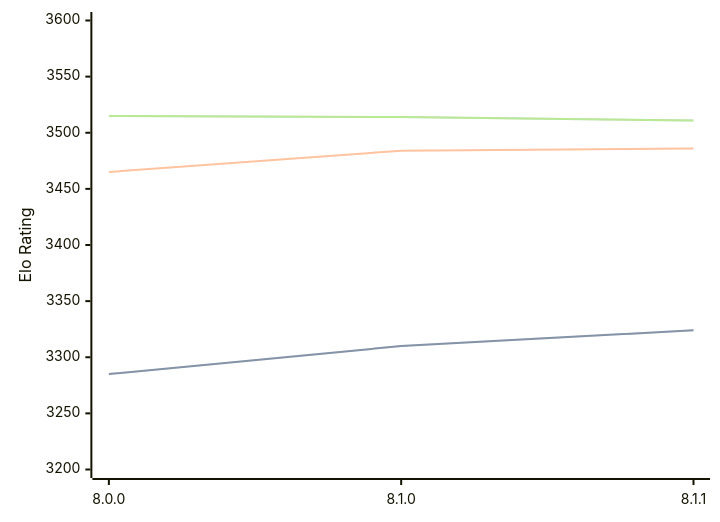
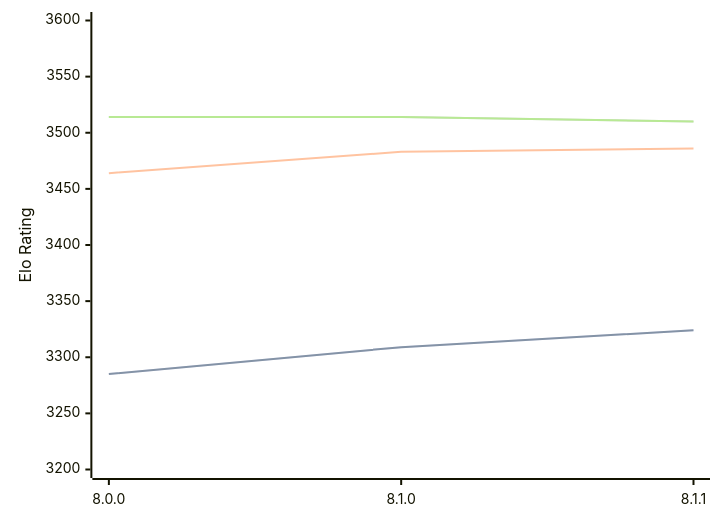
The diagram in engines/Velvet.md (computer-chess-index/cci), drawn with Mermaid before and after one commit. The commit also changed other lines of this file, not shown here.

Commit message:
Update CCI Ratings (ELO VLTC) - 2026-02-28

````diff
--- a/engines/Velvet.md
+++ b/engines/Velvet.md
@@ -55,11 +55,11 @@
 ```mermaid
 %%{init: {"theme":"base","themeVariables":{"seriesColors:['#a3a3a3','#222221','#faa371']}}}%%
 xychart-beta
   x-axis ["8.0.0", "8.1.0", "8.1.1"]
   y-axis "Elo Rating" 3200 --> 3600
-  line "STC (8.0+0.08s)" [3285, 3310, 3324]
-  line "STC (8.0+0.08s)" [3285, 3310, 3324]
-  line "LTC (60.0+0.60s)" [3465, 3484, 3486]
-  line "VLTC (2m24s+1.12s)" [3515, 3514, 3511]
-  line "VLTC (2m24s+1.12s)" [3515, 3514, 3511]
+  line "STC (8.0+0.08s)" [3285, 3309, 3324]
+  line "STC (8.0+0.08s)" [3285, 3309, 3324]
+  line "LTC (60.0+0.60s)" [3464, 3483, 3486]
+  line "VLTC (2m24s+1.12s)" [3514, 3514, 3510]
+  line "VLTC (2m24s+1.12s)" [3514, 3514, 3510]
 ```
````
